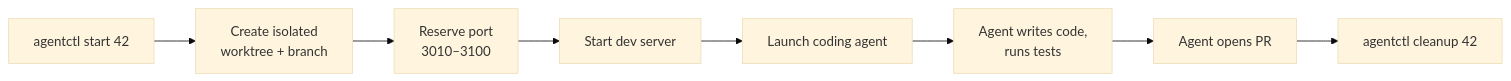
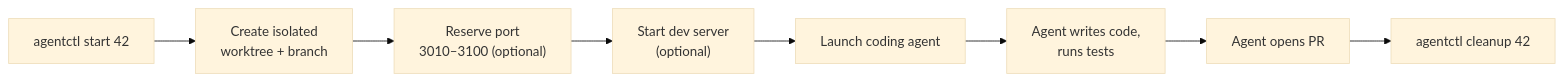
The third of 6 diagrams in docs/articles/introducing-agentctl.md (arun-gupta/agentctl), drawn with Mermaid (base theme) before and after one commit. The commit also changed other lines of this file, not shown here.

````diff
--- a/docs/articles/introducing-agentctl.md
+++ b/docs/articles/introducing-agentctl.md
@@ -41,10 +60,10 @@
 ```mermaid
 flowchart LR
     A["agentctl start 42"] --> B[Create isolated\nworktree + branch]
-    B --> C[Reserve port\n3010–3100]
-    C --> D[Start dev server]
+    B --> C["Reserve port\n3010–3100 (optional)"]
+    C --> D["Start dev server\n(optional)"]
     D --> E[Launch coding agent]
     E --> F[Agent writes code,\nruns tests]
     F --> G[Agent opens PR]
     G --> H["agentctl cleanup 42"]
 ```
````
